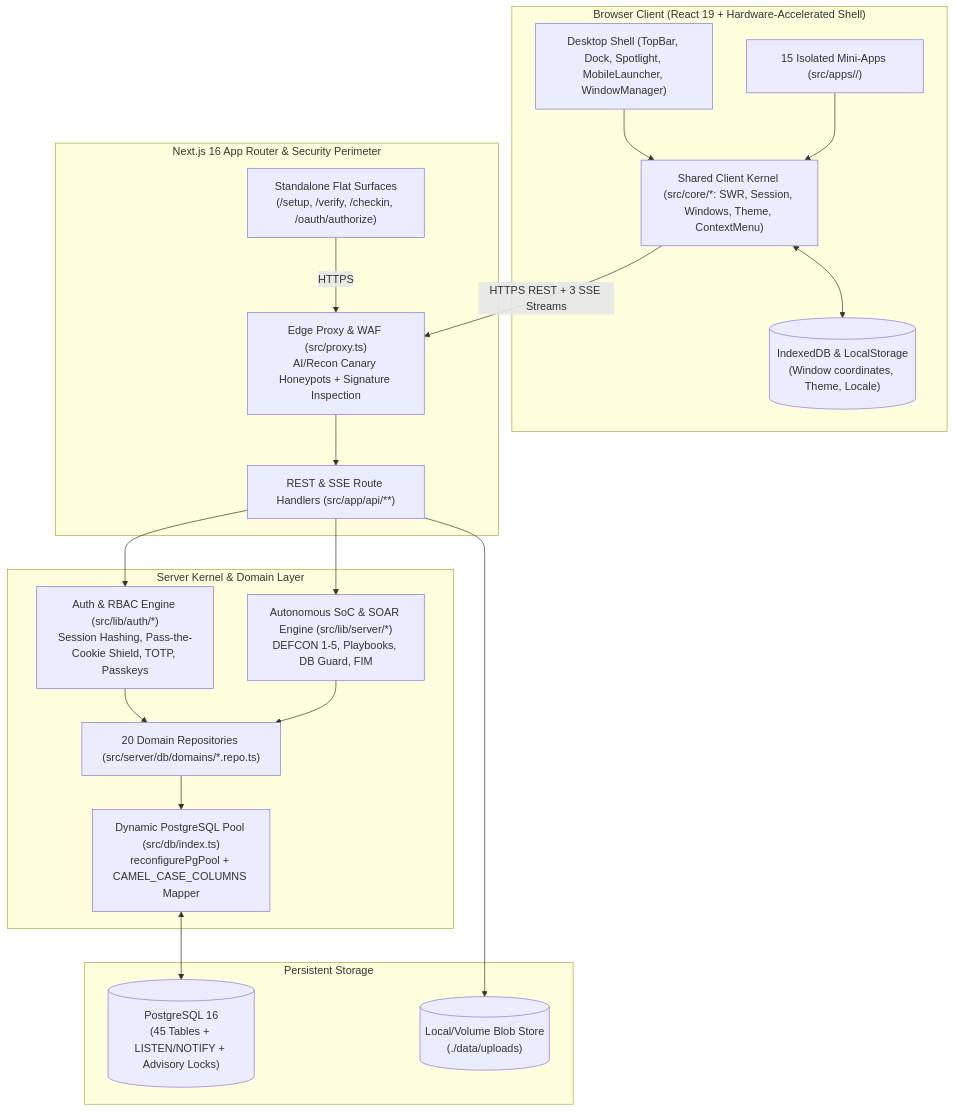
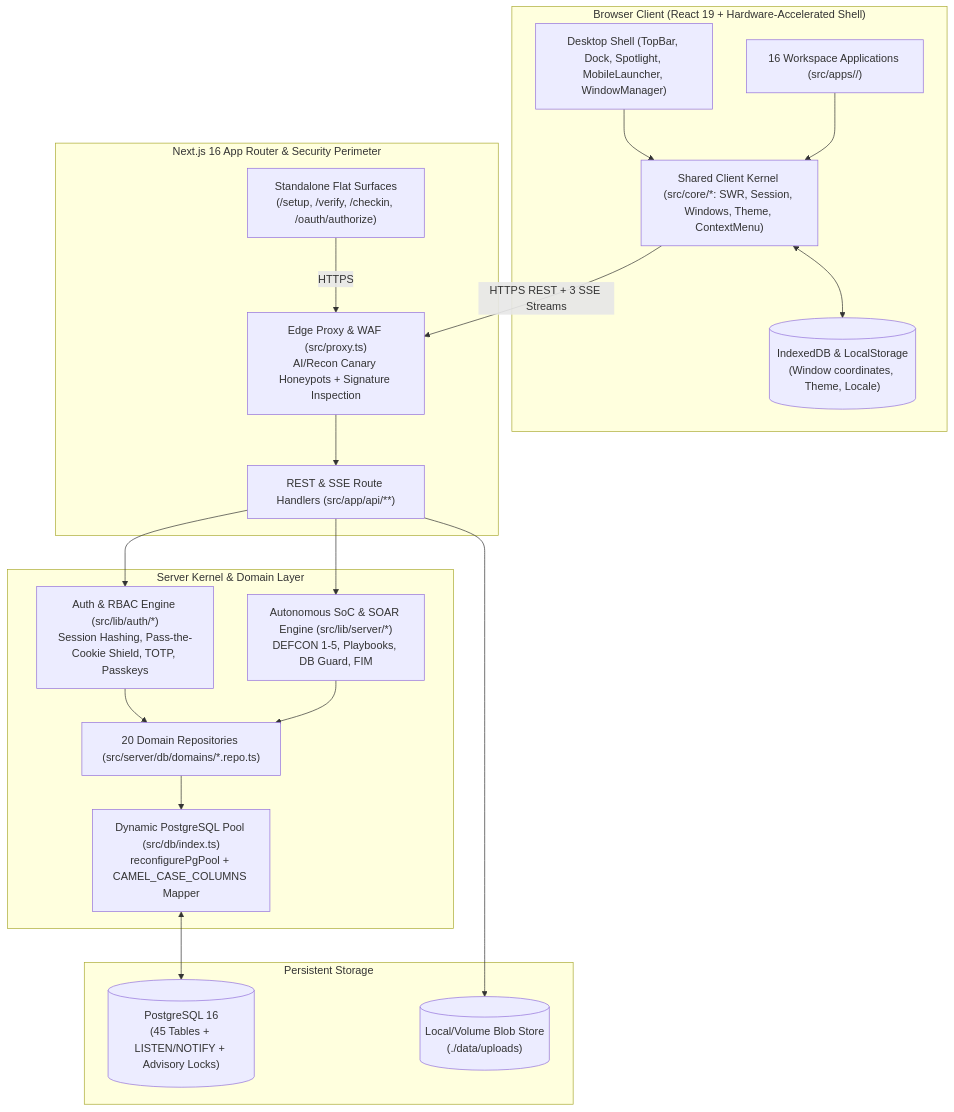
Before and after one commit to tetha42/orbit: the diagram in docs/ARCHITECTURE.md, drawn with Mermaid. The commit also changed other lines of this file and 21 other files, not shown here.

First line of the commit message:
docs: complete release documentation, architecture audit, and open-source licenses

````diff
--- a/docs/ARCHITECTURE.md
+++ b/docs/ARCHITECTURE.md
@@ -26,41 +27,41 @@
 ```mermaid
 flowchart TD
     subgraph Client["Browser Client (React 19 + Hardware-Accelerated Shell)"]
         Shell["Desktop Shell (TopBar, Dock, Spotlight, MobileLauncher, WindowManager)"]
-        Apps["15 Isolated Mini-Apps (src/apps/<id>/)"]
+        Apps["16 Workspace Applications (src/apps/<id>/)"]
         Core["Shared Client Kernel (src/core/*: SWR, Session, Windows, Theme, ContextMenu)"]
         IDB[("IndexedDB & LocalStorage\n(Window coordinates, Theme, Locale)")]
     end
 
     subgraph Edge["Next.js 16 App Router & Security Perimeter"]
         Proxy["Edge Proxy & WAF (src/proxy.ts)\nAI/Recon Canary Honeypots + Signature Inspection"]
         API["REST & SSE Route Handlers (src/app/api/**)"]
         Standalone["Standalone Flat Surfaces\n(/setup, /verify, /checkin, /oauth/authorize)"]
     end
 
     subgraph Server["Server Kernel & Domain Layer"]
         Auth["Auth & RBAC Engine (src/lib/auth/*)\nSession Hashing, Pass-the-Cookie Shield, TOTP, Passkeys"]
         SOAR["Autonomous SoC & SOAR Engine (src/lib/server/*)\nDEFCON 1-5, Playbooks, DB Guard, FIM"]
         Repos["20 Domain Repositories (src/server/db/domains/*.repo.ts)"]
         Pool["Dynamic PostgreSQL Pool (src/db/index.ts)\nreconfigurePgPool + CAMEL_CASE_COLUMNS Mapper"]
     end
 
     subgraph Data["Persistent Storage"]
         PG[("PostgreSQL 16\n(45 Tables + LISTEN/NOTIFY + Advisory Locks)")]
         Uploads[("Local/Volume Blob Store\n(./data/uploads)")]
     end
 
     Shell --> Core
     Apps --> Core
     Core <--> IDB
     Core -->|"HTTPS REST + 3 SSE Streams"| Proxy
     Standalone -->|"HTTPS"| Proxy
     Proxy --> API
     API --> Auth
     API --> SOAR
     Auth --> Repos
     SOAR --> Repos
     Repos --> Pool
     Pool <--> PG
     API --> Uploads
 ```
````
